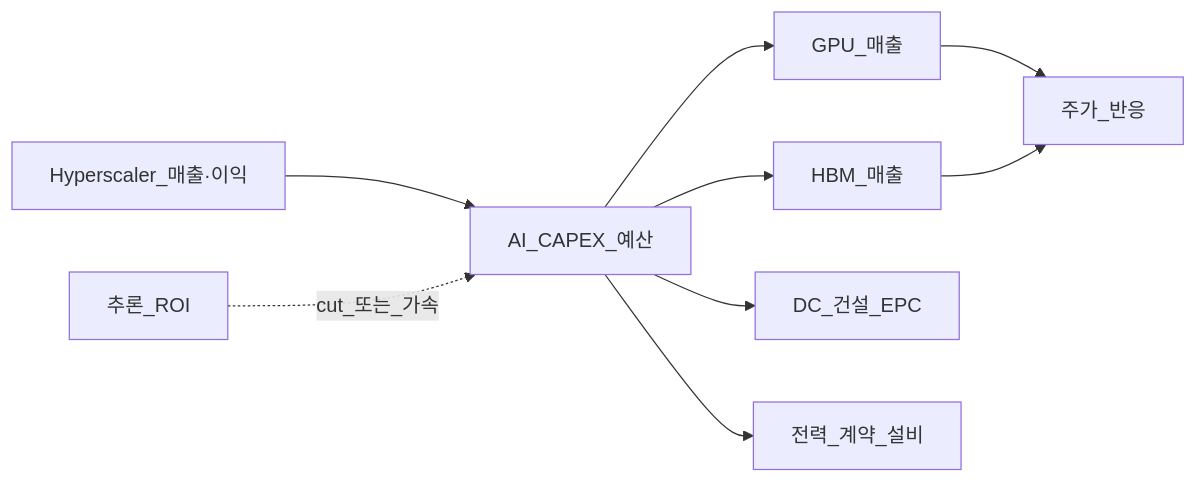
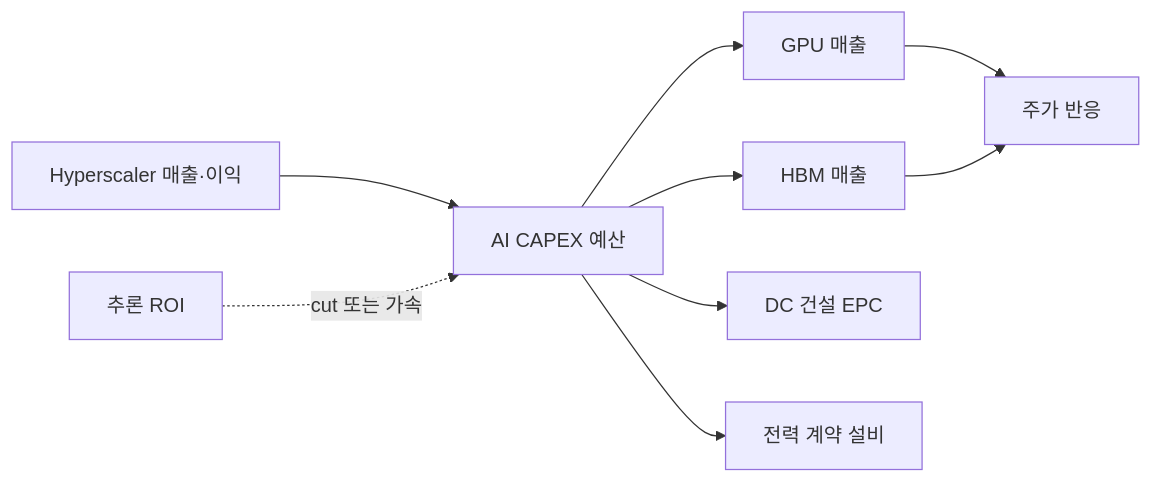
Before and after one commit to goldanghenry/Finances: the second of 3 diagrams in 03-markets/sectors/ai-infrastructure.md, drawn with Mermaid. The commit also changed other lines of this file and 211 other files, not shown here.

````diff
--- a/03-markets/sectors/ai-infrastructure.md
+++ b/03-markets/sectors/ai-infrastructure.md
@@ -148,11 +157,11 @@
 ```mermaid
 flowchart LR
-  Hyp[Hyperscaler_매출·이익] --> CapexDecision[AI_CAPEX_예산]
-  CapexDecision --> NVDA[GPU_매출]
-  CapexDecision --> HBMco[HBM_매출]
-  CapexDecision --> DCbuild[DC_건설_EPC]
-  CapexDecision --> Power[전력_계약_설비]
-  NVDA --> Stock[주가_반응]
+  Hyp["Hyperscaler 매출·이익"] --> CapexDecision["AI CAPEX 예산"]
+  CapexDecision --> NVDA["GPU 매출"]
+  CapexDecision --> HBMco["HBM 매출"]
+  CapexDecision --> DCbuild["DC 건설 EPC"]
+  CapexDecision --> Power["전력 계약 설비"]
+  NVDA --> Stock["주가 반응"]
   HBMco --> Stock
-  InferenceROI[추론_ROI] -.->|cut_또는_가속| CapexDecision
+  InferenceROI["추론 ROI"] -.->|"cut 또는 가속"| CapexDecision
 ```
````
